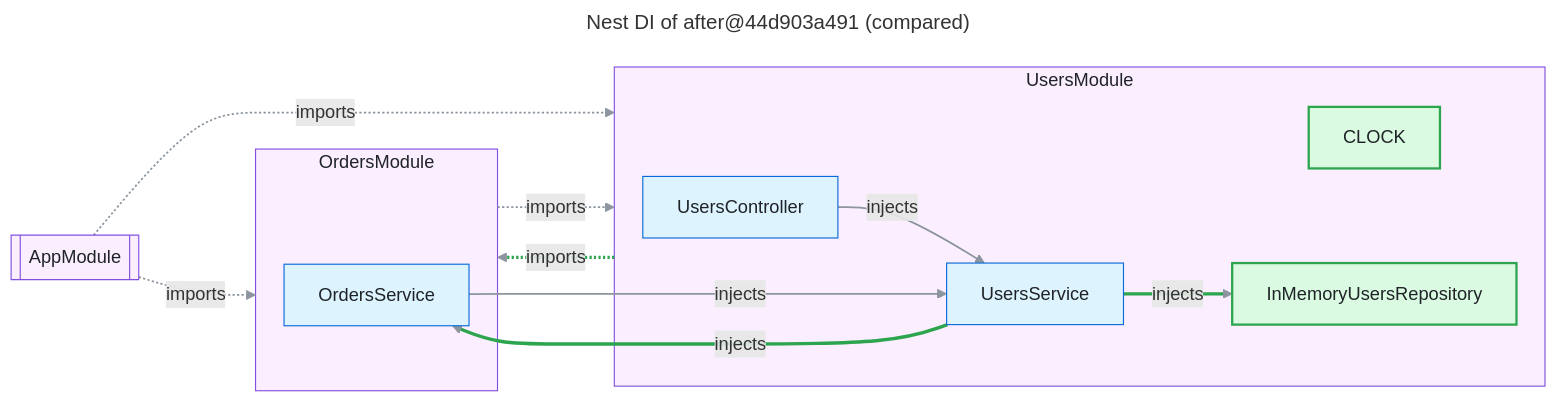
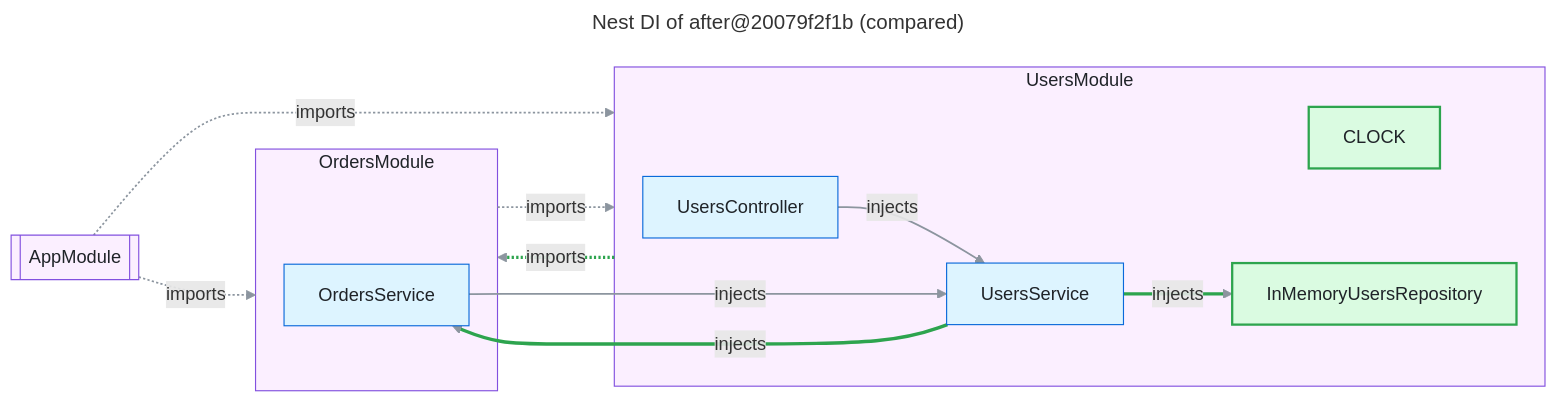
One commit to FullFran/archsieve changed the diagram in examples/nest-shop/nest-compare.mmd. Above: the diagram before and after it, drawn with Mermaid. The commit also changed 25 other files, not shown here.

```diff
--- a/examples/nest-shop/nest-compare.mmd
+++ b/examples/nest-shop/nest-compare.mmd
@@ -1,38 +1,38 @@
 ---
-title: "Nest DI of after@44d903a491 (compared)"
+title: "Nest DI of after@20079f2f1b (compared)"
 ---
 flowchart LR
   n1[["AppModule"]]:::module
   subgraph n2["OrdersModule"]
     n4["OrdersService"]:::code
   end
   style n2 fill:#fbefff,stroke:#8250df,color:#1f2328
   subgraph n3["UsersModule"]
     n0["UsersController"]:::code
     n5["CLOCK"]:::added
     n6["InMemoryUsersRepository"]:::added
     n7["UsersService"]:::code
   end
   style n3 fill:#fbefff,stroke:#8250df,color:#1f2328
   n0 -->|"injects"| n7
   n1 -.->|"imports"| n2
   n1 -.->|"imports"| n3
   n2 -.->|"imports"| n3
   n3 -.->|"imports"| n2
   n4 -->|"injects"| n7
   n7 -->|"injects"| n4
   n7 -->|"injects"| n6
   linkStyle default stroke:#8c959f,stroke-width:1.5px
   linkStyle 4 stroke:#2da44e,stroke-width:3px
   linkStyle 6 stroke:#2da44e,stroke-width:3px
   linkStyle 7 stroke:#2da44e,stroke-width:3px
   classDef code fill:#ddf4ff,stroke:#0969da,color:#1f2328
   classDef external fill:#fff8c5,stroke:#9a6700,color:#1f2328
   classDef module fill:#fbefff,stroke:#8250df,color:#1f2328
   classDef added fill:#dafbe1,stroke:#2da44e,stroke-width:2px,color:#1f2328
   classDef removed fill:#ffebe9,stroke:#cf222e,stroke-dasharray:4 3,color:#1f2328
   classDef boundary fill:#f6f8fa,stroke:#57606a,stroke-dasharray:6 4,color:#1f2328
   classDef container fill:#ddf4ff,stroke:#0969da,stroke-width:2px,color:#1f2328
   classDef unverified fill:#ffffff,stroke:#0969da,stroke-width:2px,stroke-dasharray:5 3,color:#1f2328
   classDef undeclared fill:#fff1e5,stroke:#bc4c00,stroke-width:2px,color:#1f2328
   classDef focus fill:#ddf4ff,stroke:#0969da,stroke-width:4px,color:#1f2328
```
